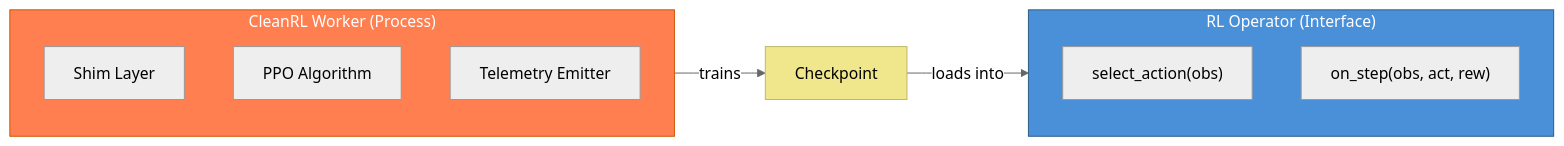
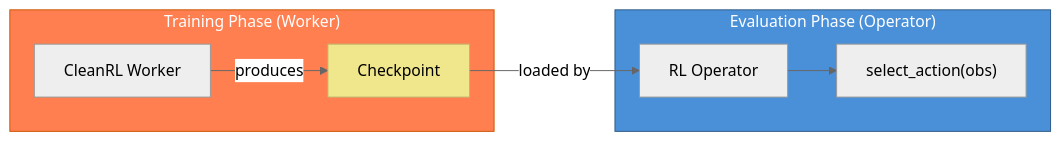
Before and after one commit to Abdulhamid97Mousa/mosaic: the third of 4 diagrams in docs/source/documents/architecture/workers/concept.rst, drawn with Mermaid (neutral theme). The commit also changed other lines of this file and 14 other files, not shown here.

```diff
--- a/docs/source/documents/architecture/workers/concept.rst
+++ b/docs/source/documents/architecture/workers/concept.rst
@@ -97,20 +105,20 @@
 .. mermaid::
 
+   %%{init: {"flowchart": {"curve": "linear"}} }%%
    graph LR
-       subgraph Worker["CleanRL Worker (Process)"]
-           SHIM["Shim Layer"]
-           ALGO["PPO Algorithm"]
-           EMIT["Telemetry Emitter"]
+       subgraph Training["Training Phase (Worker)"]
+           WORKER["CleanRL Worker"]
+           WORKER -->|"produces"| CKPT["Checkpoint"]
        end
 
-       subgraph Operator["RL Operator (Interface)"]
+       subgraph Eval["Evaluation Phase (Operator)"]
+           OP["RL Operator"]
            SA["select_action(obs)"]
-           OS["on_step(obs, act, rew)"]
+           OP --> SA
        end
 
-       Worker -->|"trains"| CKPT["Checkpoint"]
-       CKPT -->|"loads into"| Operator
+       CKPT -->|"loaded by"| OP
 
-       style Worker fill:#ff7f50,stroke:#cc5500,color:#fff
-       style Operator fill:#4a90d9,stroke:#2e5a87,color:#fff
+       style Training fill:#ff7f50,stroke:#cc5500,color:#fff
+       style Eval fill:#4a90d9,stroke:#2e5a87,color:#fff
        style CKPT fill:#f0e68c,stroke:#bdb76b
```
